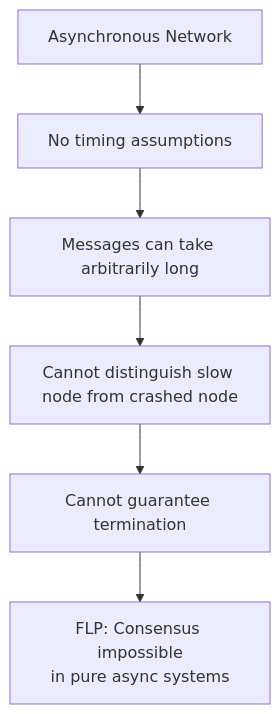
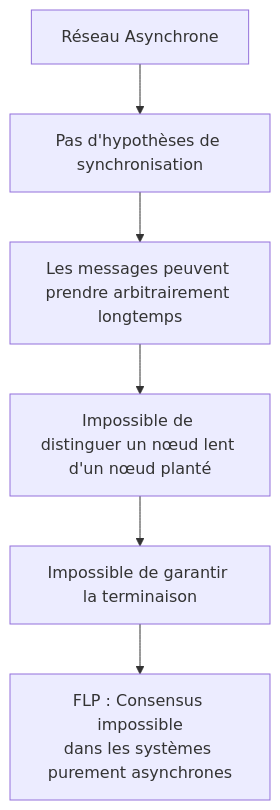
One commit to dardourimohamed/distributed-systems-course changed the sixth of 9 diagrams in src/consensus/11-what-is-consensus.md. Above: the diagram before and after it, drawn with Mermaid. The commit also changed other lines of this file and 38 other files, not shown here.

````diff
--- a/src/consensus/11-what-is-consensus.md
+++ b/src/consensus/11-what-is-consensus.md
@@ -192,8 +196,8 @@
 ```mermaid
 graph TB
-    A[Asynchronous Network] --> B[No timing assumptions]
-    B --> C[Messages can take arbitrarily long]
-    C --> D[Cannot distinguish slow node from crashed node]
-    D --> E[Cannot guarantee termination]
-    E --> F[FLP: Consensus impossible<br/>in pure async systems]
+    A[Réseau Asynchrone] --> B[Pas d'hypothèses de synchronisation]
+    B --> C[Les messages peuvent prendre arbitrairement longtemps]
+    C --> D[Impossible de distinguer un nœud lent d'un nœud planté]
+    D --> E[Impossible de garantir la terminaison]
+    E --> F[FLP : Consensus impossible<br/>dans les systèmes purement asynchrones]
 ```
````
